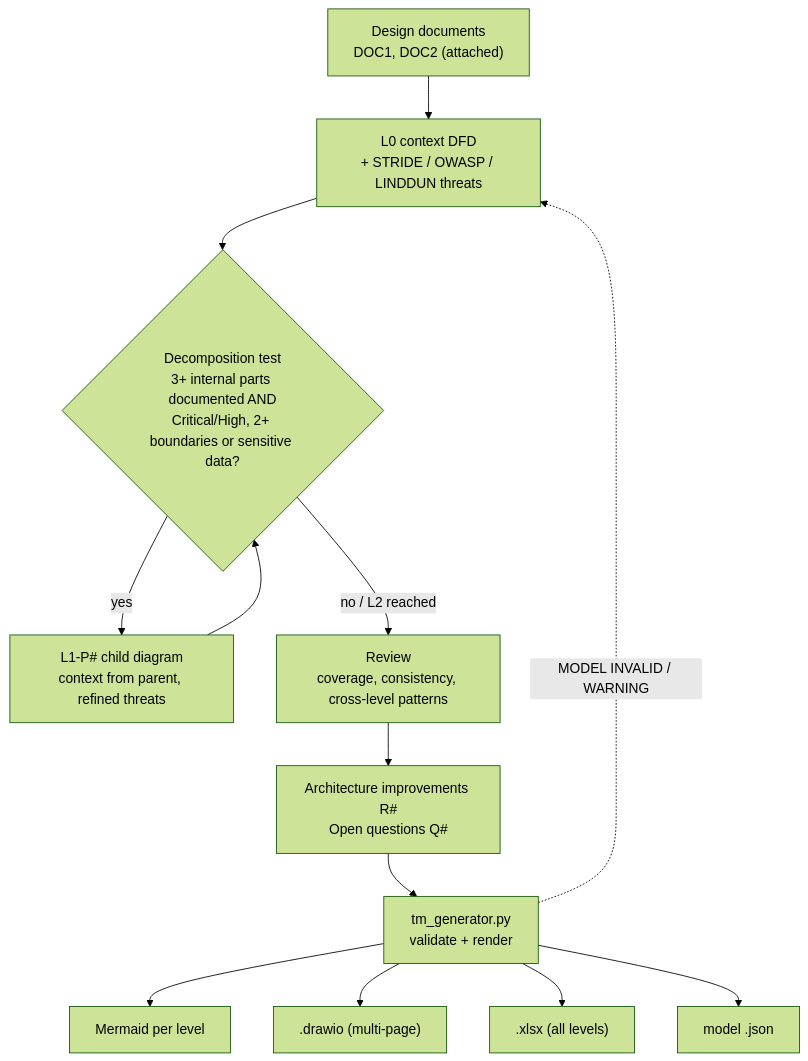
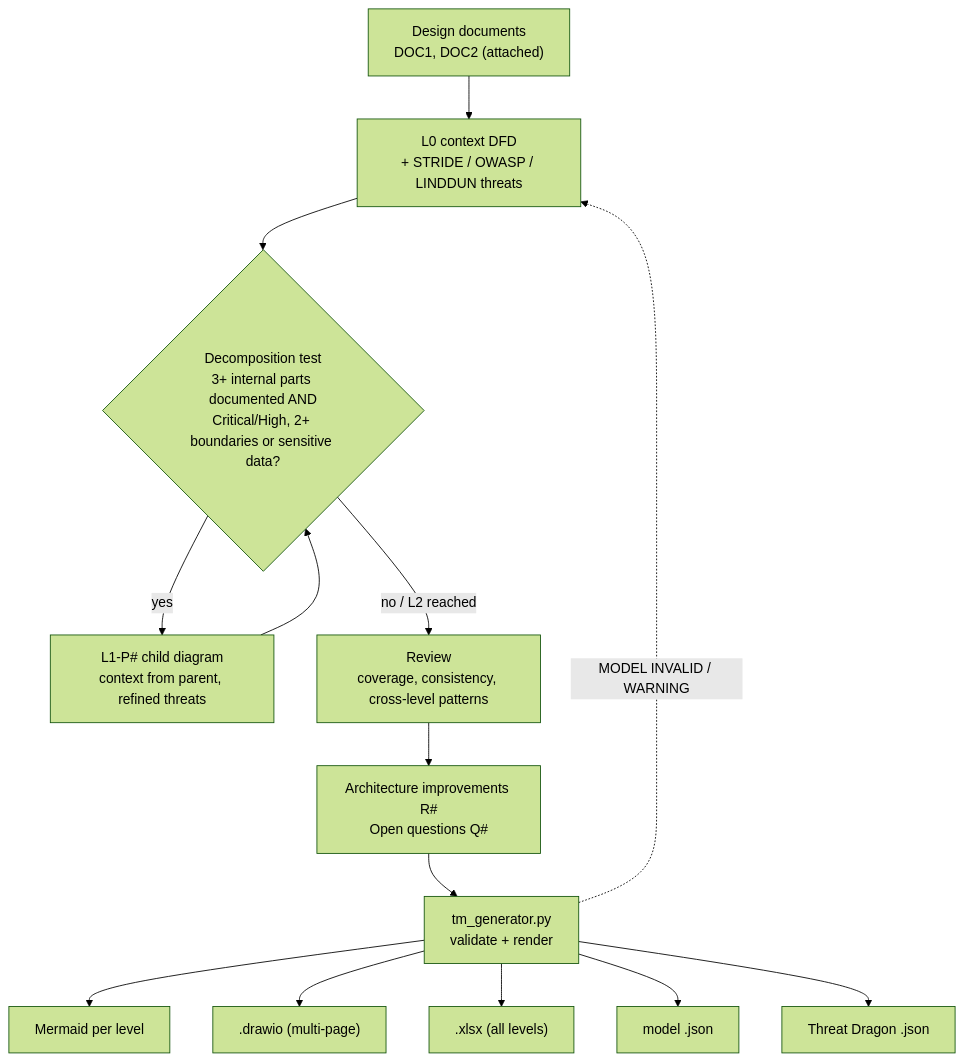
Before and after one commit to jfang88/copilot-threat-model-agent: the first of 3 diagrams in README.md, drawn with Mermaid (forest theme). The commit also changed other lines of this file and 12 other files, not shown here.

First line of the commit message:
Add OWASP Threat Dragon v2 export

````diff
--- a/README.md
+++ b/README.md
@@ -16,15 +17,16 @@
 ```mermaid
 flowchart TD
   A["Design documents<br/>DOC1, DOC2 (attached)"] --> B["L0 context DFD<br/>+ STRIDE / OWASP / LINDDUN threats"]
   B --> C{"Decomposition test<br/>3+ internal parts documented AND<br/>Critical/High, 2+ boundaries or sensitive data?"}
   C -- yes --> D["L1-P# child diagram<br/>context from parent, refined threats"]
   D --> C
   C -- no / L2 reached --> E["Review<br/>coverage, consistency, cross-level patterns"]
   E --> F["Architecture improvements R#<br/>Open questions Q#"]
   F --> G["tm_generator.py<br/>validate + render"]
   G --> H["Mermaid per level"]
   G --> I[".drawio (multi-page)"]
   G --> J[".xlsx (all levels)"]
   G --> K["model .json"]
+  G --> L["Threat Dragon .json"]
   G -. "MODEL INVALID / WARNING" .-> B
 ```
````
